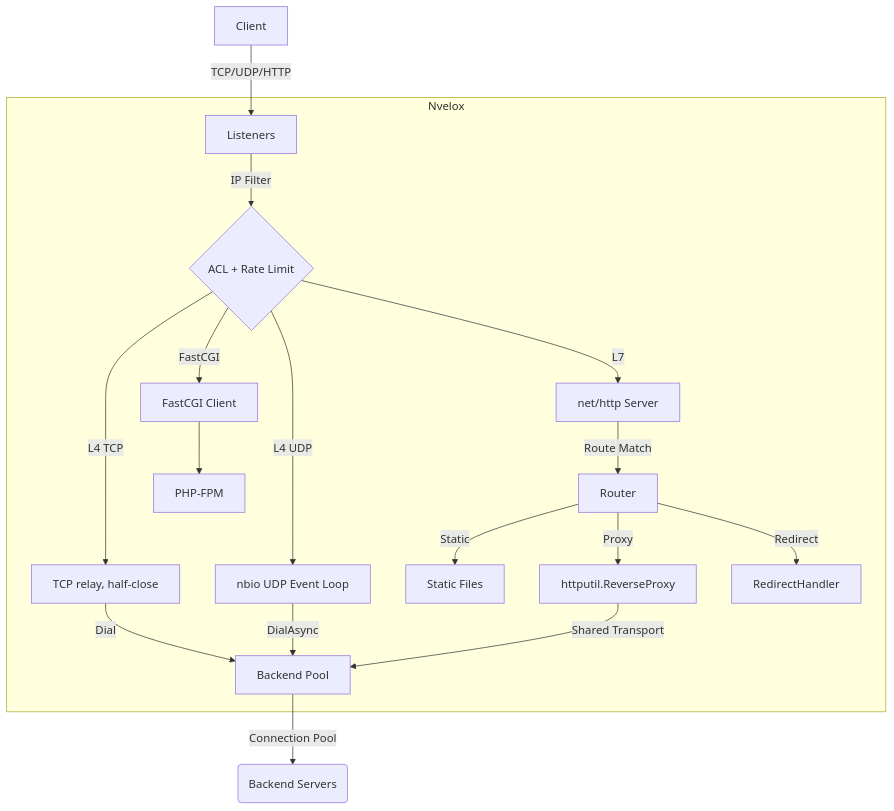
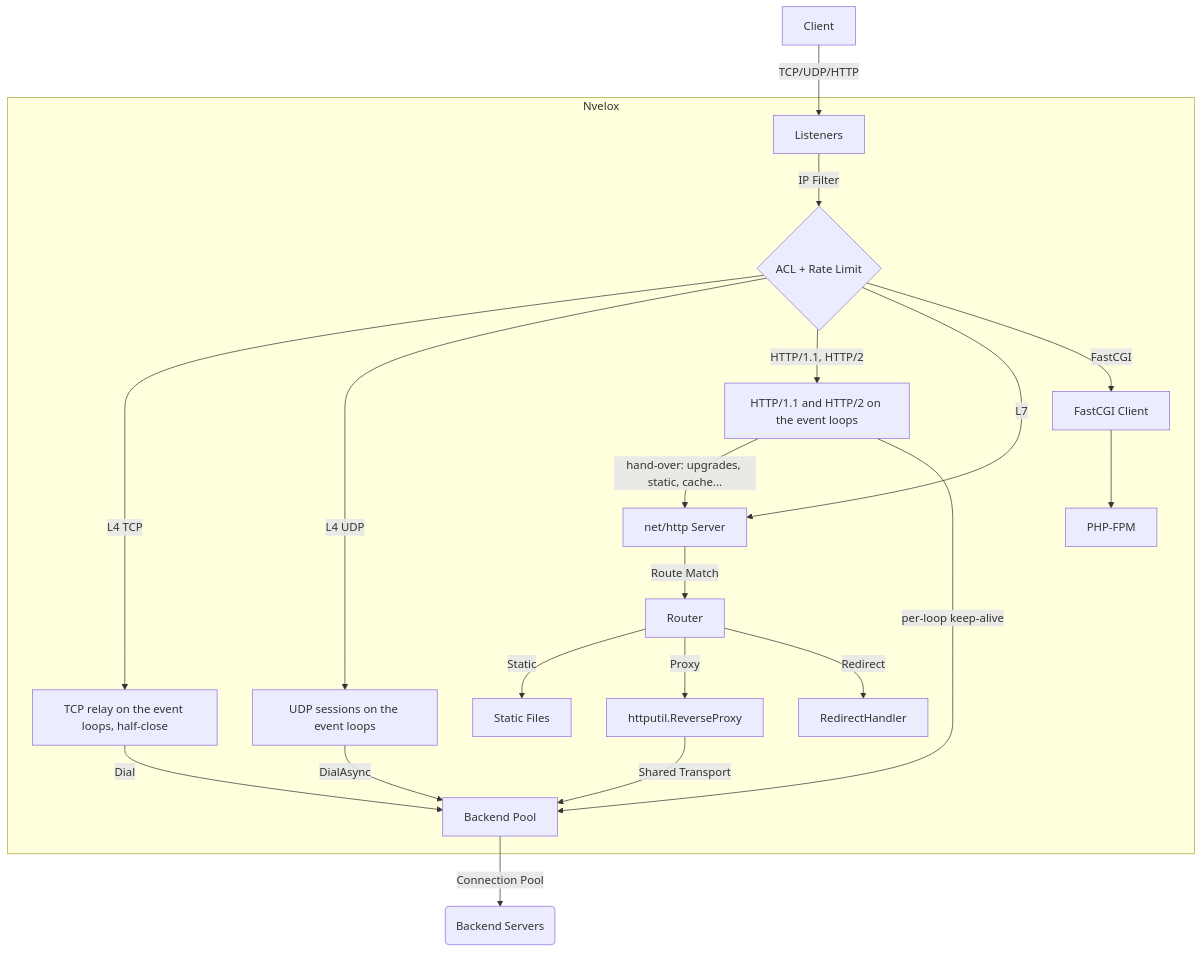
The diagram in README.md (nvelox/nvelox), drawn with Mermaid before and after one commit. The commit also changed other lines of this file and 156 other files, not shown here.

````diff
--- a/README.md
+++ b/README.md
@@ -96,20 +97,23 @@
 ```mermaid
 graph TD
     Client -->|TCP/UDP/HTTP| Listeners
     subgraph Nvelox
         Listeners -->|IP Filter| ACL{ACL + Rate Limit}
-        ACL -->|L4 TCP| L4Relay[TCP relay, half-close]
-        ACL -->|L4 UDP| NBIOEngine[nbio UDP Event Loop]
+        ACL -->|L4 TCP| L4Relay[TCP relay on the event loops, half-close]
+        ACL -->|L4 UDP| NBIOEngine[UDP sessions on the event loops]
+        ACL -->|HTTP/1.1, HTTP/2| FastPath[HTTP/1.1 and HTTP/2 on the event loops]
         ACL -->|L7| HTTPServer[net/http Server]
+        FastPath -->|hand-over: upgrades, static, cache...| HTTPServer
+        FastPath -->|per-loop keep-alive| BackendPool
         ACL -->|FastCGI| FCGIClient[FastCGI Client]
         HTTPServer -->|Route Match| Router
         Router -->|Static| FileServer[Static Files]
         Router -->|Proxy| ReverseProxy[httputil.ReverseProxy]
         Router -->|Redirect| RedirectHandler
         L4Relay -->|Dial| BackendPool
         NBIOEngine -->|DialAsync| BackendPool
         ReverseProxy -->|Shared Transport| BackendPool[Backend Pool]
         FCGIClient --> PHPFPM[PHP-FPM]
     end
     BackendPool -->|Connection Pool| Backends(Backend Servers)
 ```
````
